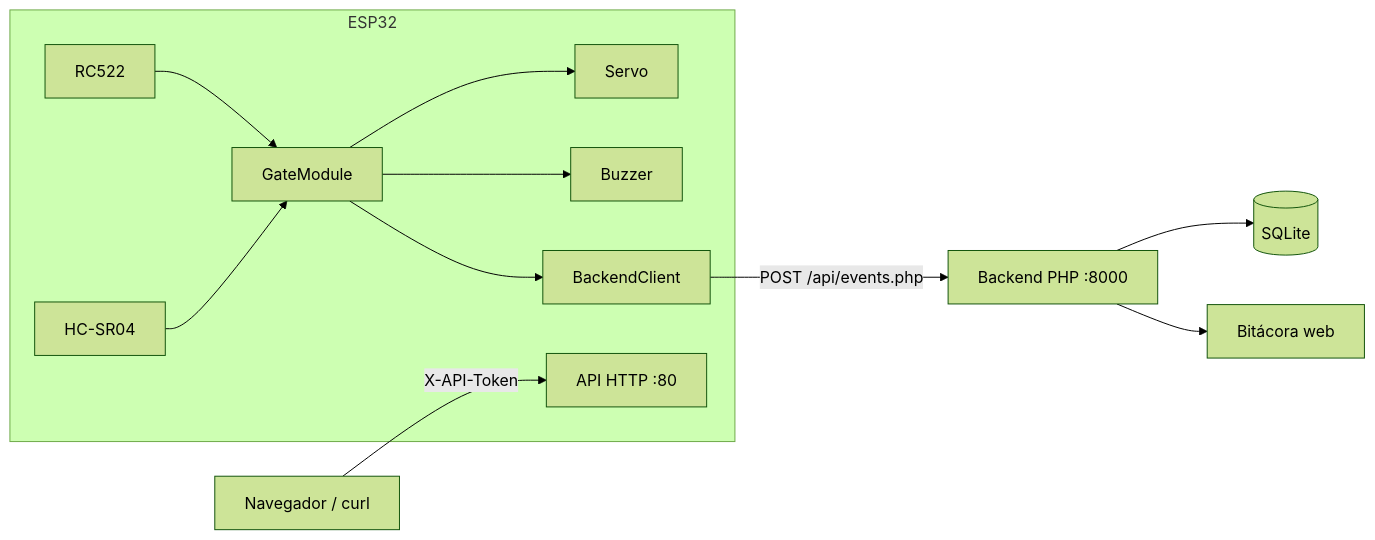
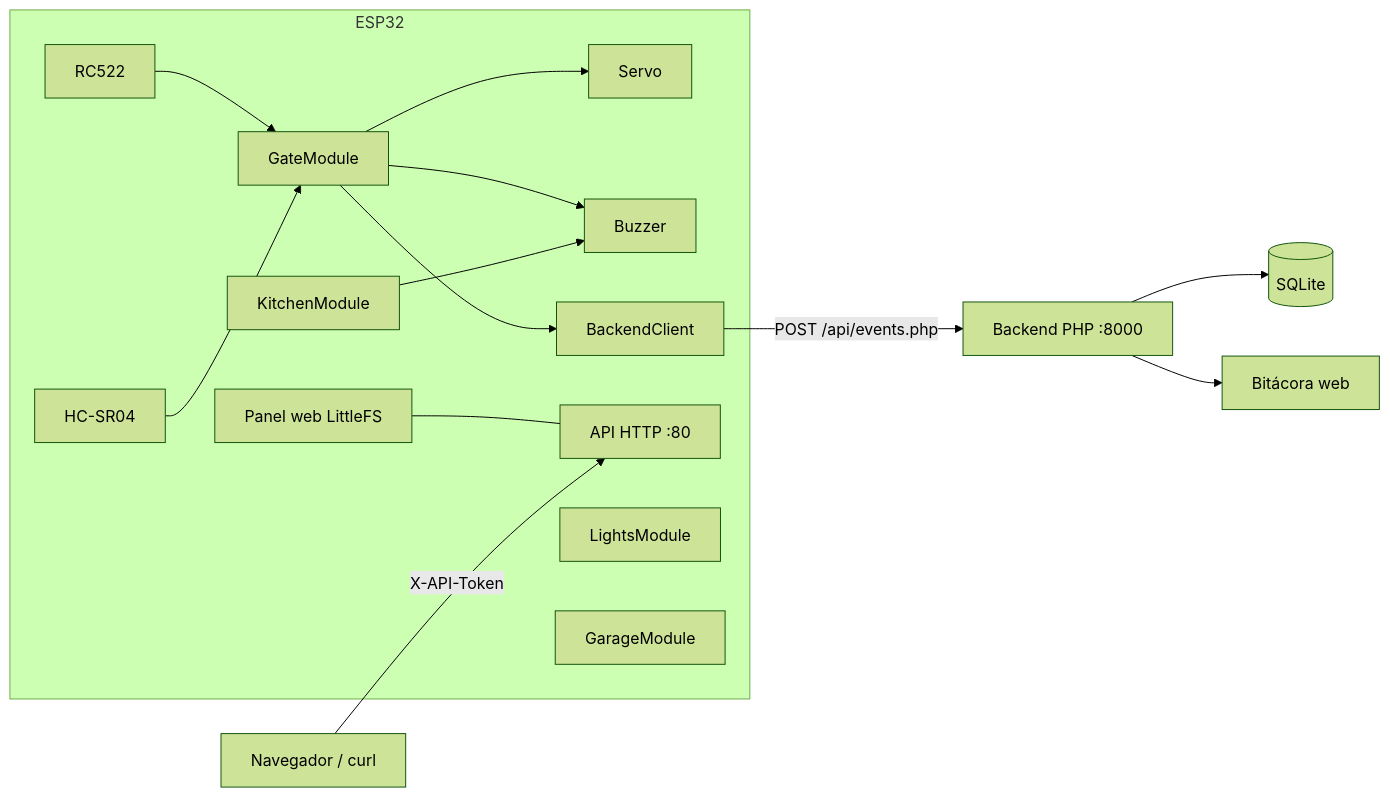
The diagram in docs/puesta-en-marcha.md (BrianaBrito/DBSystems), drawn with Mermaid (forest theme) before and after one commit. The commit also changed other lines of this file and 4 other files, not shown here.

Commit message:
feat(panel): panel web en LittleFS con control de todos los módulos

````diff
--- a/docs/puesta-en-marcha.md
+++ b/docs/puesta-en-marcha.md
@@ -7,15 +7,19 @@
 ```mermaid
 flowchart LR
     subgraph ESP32
         RFID[RC522] --> GATE[GateModule]
         SENSOR[HC-SR04] --> GATE
         GATE --> SERVO[Servo]
         GATE --> BUZ[Buzzer]
         GATE --> CLIENT[BackendClient]
         API[API HTTP :80]
+        KIT[KitchenModule] --> BUZ
+        LIGHTS[LightsModule]
+        GARAGE[GarageModule]
+        PANEL[Panel web LittleFS] --- API
     end
     CLIENT -- "POST /api/events.php" --> PHP[Backend PHP :8000]
     PHP --> DB[(SQLite)]
     PHP --> WEB[Bitácora web]
     USER[Navegador / curl] -- "X-API-Token" --> API
 ```
````
